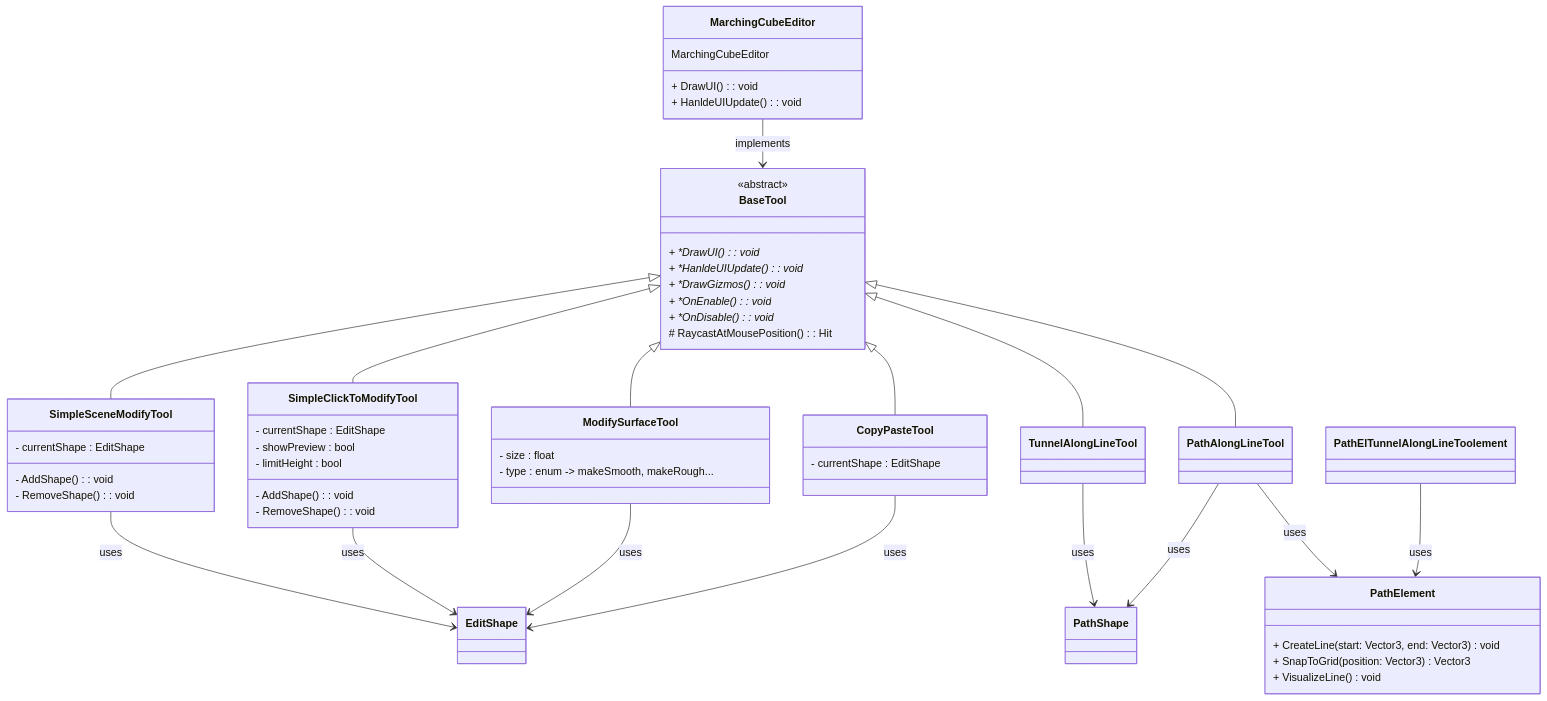
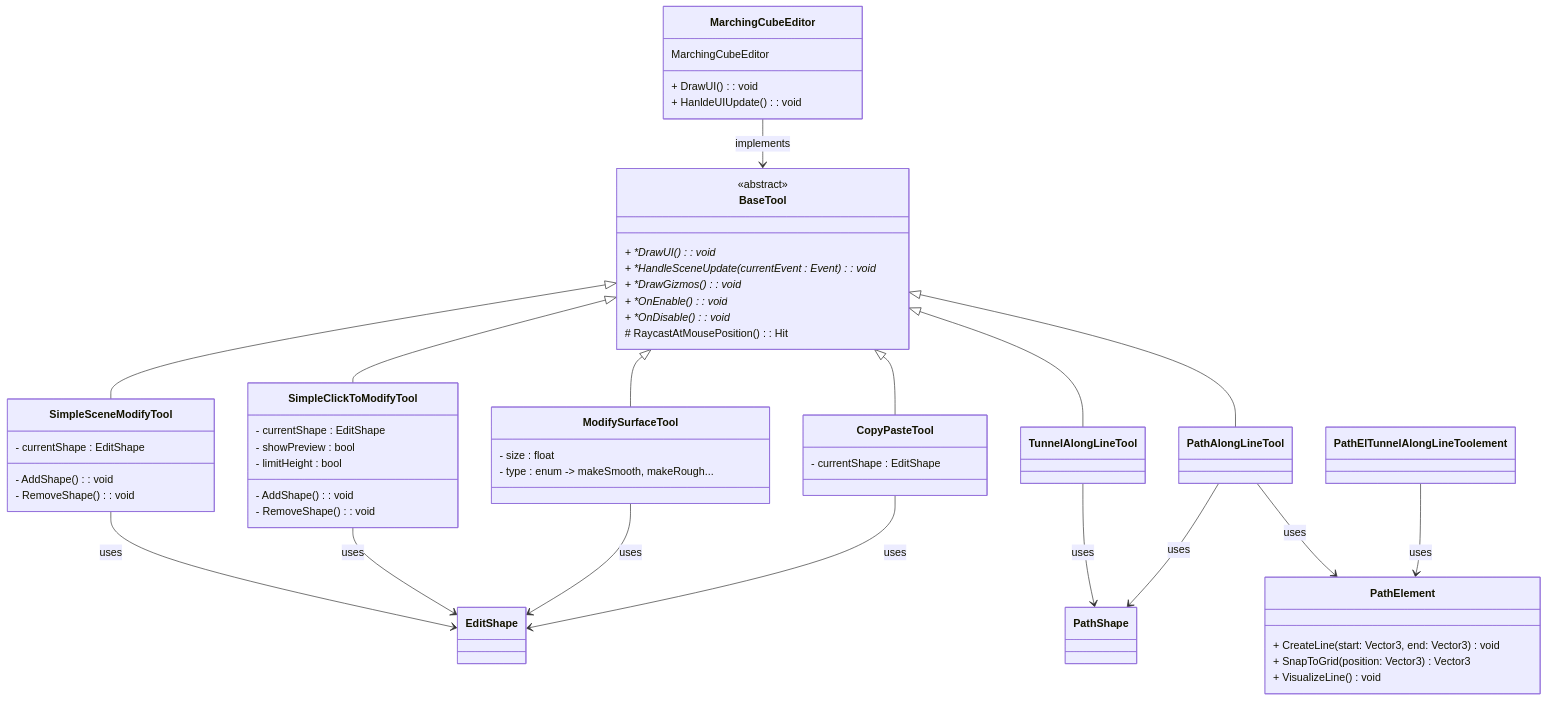
The third of 3 diagrams in Documentation/Idea list/README.md (iffn/MarchingCubeEditorForUnity), drawn with Mermaid before and after one commit. The commit also changed 4 other files, not shown here.

````diff
--- a/Documentation/Idea list/README.md
+++ b/Documentation/Idea list/README.md
@@ -98,82 +98,82 @@
 ```mermaid
 classDiagram
     class MarchingCubeEditor {
         MarchingCubeEditor
         + DrawUI() : void
         + HanldeUIUpdate() : void
     }
 
     %% Base class for tools
     class BaseTool {
         + *DrawUI()* : void
-        + *HanldeUIUpdate()* : void
+        + *HandleSceneUpdate(currentEvent : Event)* : void
         + *DrawGizmos()* : void
         + *OnEnable()* : void
         + *OnDisable()* : void
         # RaycastAtMousePosition() : Hit
     }
     <<abstract>> BaseTool
 
     %% Basic Tools
     class SimpleSceneModifyTool {
         - currentShape : EditShape
         - AddShape() : void
         - RemoveShape () : void
     }
     
     class SimpleClickToModifyTool {
         - currentShape : EditShape
         - showPreview : bool
         - limitHeight : bool
         - AddShape() : void
         - RemoveShape () : void
     }
 
     class ModifySurfaceTool {
         - size : float
         - type : enum -> makeSmooth, makeRough...
     }
 
     class CopyPasteTool {
         - currentShape : EditShape
     }
 
     %% Path Tools
     class PathElement {
         + CreateLine(start: Vector3, end: Vector3) void
         + SnapToGrid(position: Vector3) Vector3
         + VisualizeLine() void
     }
 
     class PathShape {
 
     }
 
     class TunnelAlongLineTool {
         
     }
 
     class PathAlongLineTool {
         
     }
 
     %% Relationships
     MarchingCubeEditor --> BaseTool : implements
     
     BaseTool <|-- SimpleSceneModifyTool
     BaseTool <|-- SimpleClickToModifyTool
     BaseTool <|-- ModifySurfaceTool
     BaseTool <|-- CopyPasteTool
     BaseTool <|-- TunnelAlongLineTool
     BaseTool <|-- PathAlongLineTool
 
     SimpleSceneModifyTool --> EditShape : uses
     SimpleClickToModifyTool --> EditShape : uses
     ModifySurfaceTool --> EditShape : uses
     CopyPasteTool --> EditShape : uses
 
     PathAlongLineTool --> PathElement : uses
     PathElTunnelAlongLineToolement --> PathElement : uses
     TunnelAlongLineTool --> PathShape : uses
     PathAlongLineTool --> PathShape : uses
 ```
````
